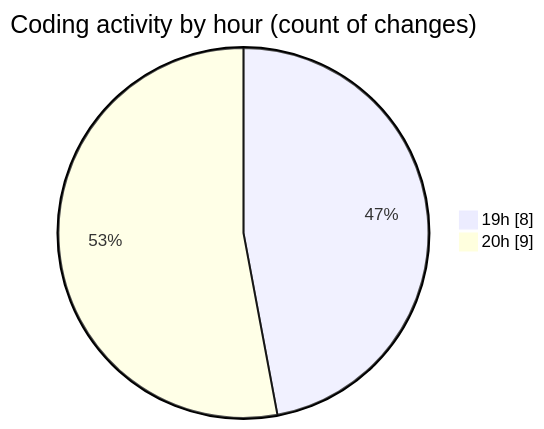
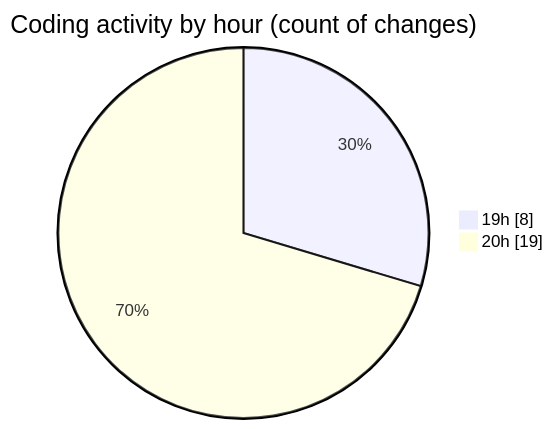
The second of 2 diagrams in 2025-05-27/ecom_store/README.md (Elitesun/code-tracking), drawn with Mermaid before and after one commit. The commit also changed other lines of this file and 1 other file, not shown here.

````diff
--- a/2025-05-27/ecom_store/README.md
+++ b/2025-05-27/ecom_store/README.md
@@ -34,6 +40,6 @@
 ```mermaid
 pie showData
 title Coding activity by hour (count of changes)
 "19h" : 8
-"20h" : 9
+"20h" : 19
 ```
````
